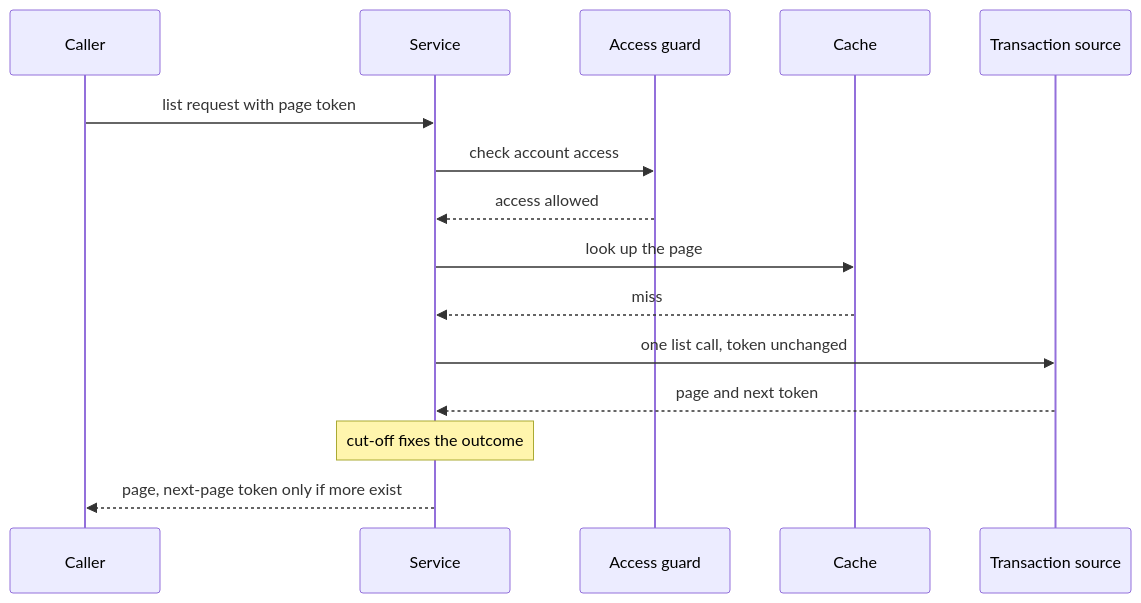
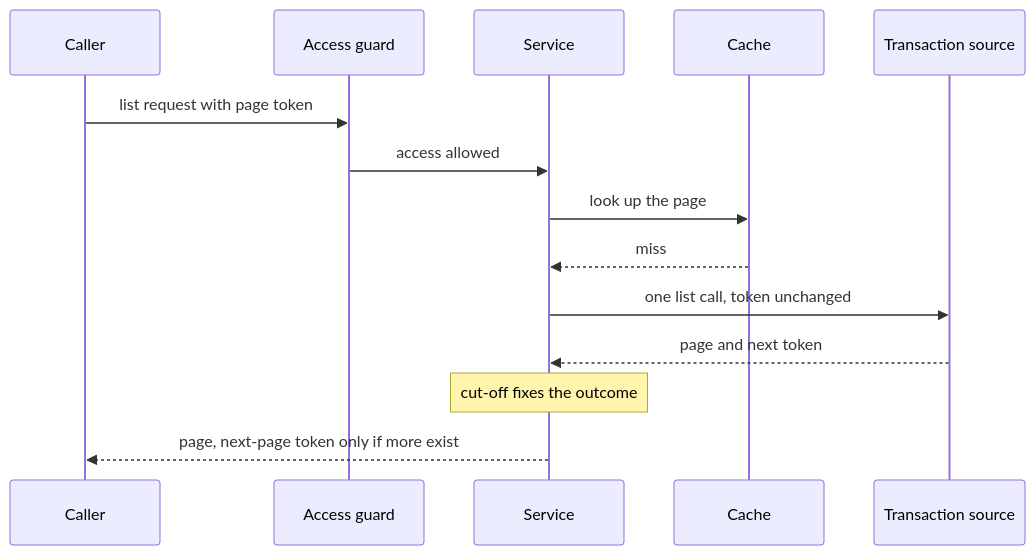
The diagram in docs/backlog/epics/CS-07-transaction-list-endpoint/stories/CS-07-002-transaction-list-retrieval-with-token-pass-through.md (blitzy-public-samples/aws-carddemo-blitzy), drawn with Mermaid before and after one commit. The commit also changed 2 other files, not shown here.

Commit message:
Settle deadline ownership, guard order and per-protocol guard outcomes
- CS-11-003 (upstream call policy): add a resolved note under the
  "Endpoint deadline outcomes" exclusion naming CS-05-006's Stage 0 hook
  as the owner of the request deadline start at receipt, with the guard
  and the four retrieval stories running under that one deadline; reword
  the Option A settled assumption to match.
- CS-07-002 (transaction list retrieval): redraw the Implementation
  Design sequence so the caller reaches the access guard first and the
  guard hands the allowed request to the service.
- CS-12-003 (account access guard): add resolved notes beneath AC4, AC5,
  AC6, AC8 and AC9 stating the REST status and the gRPC status with its
  packed ErrorObject; extend AC4 to fixture-token-unknown and list
  unknown tokens in the unit test cases.

````diff
--- a/docs/backlog/epics/CS-07-transaction-list-endpoint/stories/CS-07-002-transaction-list-retrieval-with-token-pass-through.md
+++ b/docs/backlog/epics/CS-07-transaction-list-endpoint/stories/CS-07-002-transaction-list-retrieval-with-token-pass-through.md
@@ -148,17 +148,16 @@
 ```mermaid
 sequenceDiagram
     participant Caller
+    participant G as Access guard
     participant Service
-    participant G as Access guard
     participant Cache
     participant T as Transaction source
-    Caller->>Service: list request with page token
-    Service->>G: check account access
-    G-->>Service: access allowed
+    Caller->>G: list request with page token
+    G->>Service: access allowed
     Service->>Cache: look up the page
     Cache-->>Service: miss
     Service->>T: one list call, token unchanged
     T-->>Service: page and next token
     Note over Service: cut-off fixes the outcome
     Service-->>Caller: page, next-page token only if more exist
 ```
````
